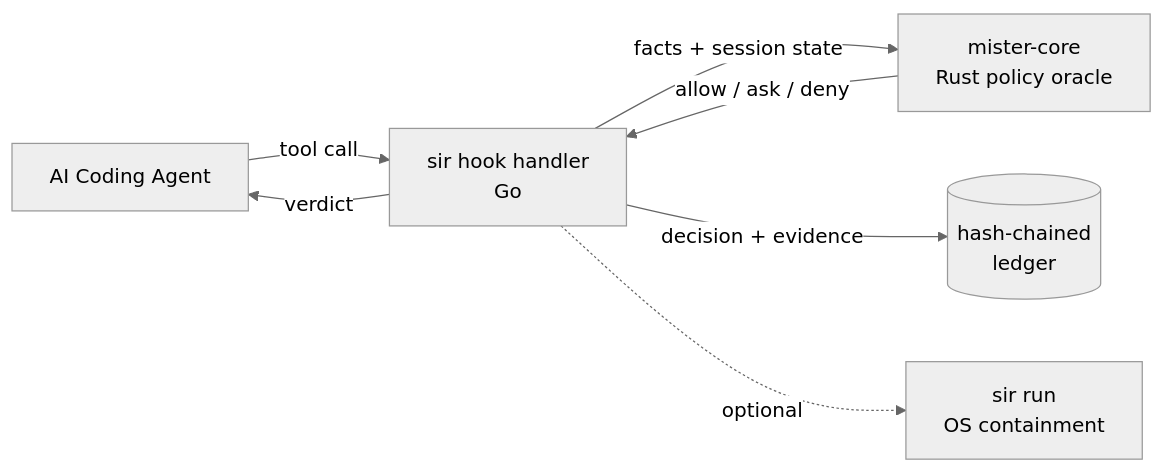
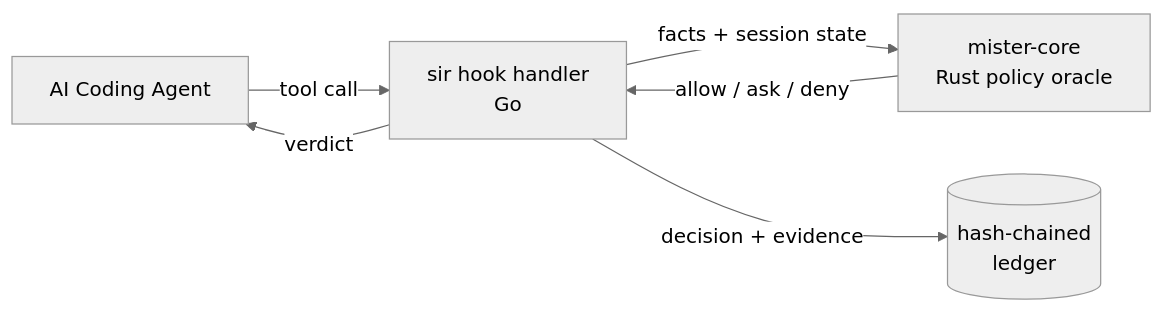
Before and after one commit to somoore/sir: the diagram in README.md, drawn with Mermaid (neutral theme). The commit also changed other lines of this file and 5 other files, not shown here.

````diff
--- a/README.md
+++ b/README.md
@@ -33,9 +18,8 @@
 ```mermaid
 flowchart LR
     A[AI Coding Agent] -->|tool call| H[sir hook handler<br/>Go]
     H -->|facts + session state| R[mister-core<br/>Rust policy oracle]
     R -->|allow / ask / deny| H
     H -->|decision + evidence| L[(hash-chained<br/>ledger)]
     H -->|verdict| A
-    H -.->|optional| C[sir run<br/>OS containment]
 ```
````
